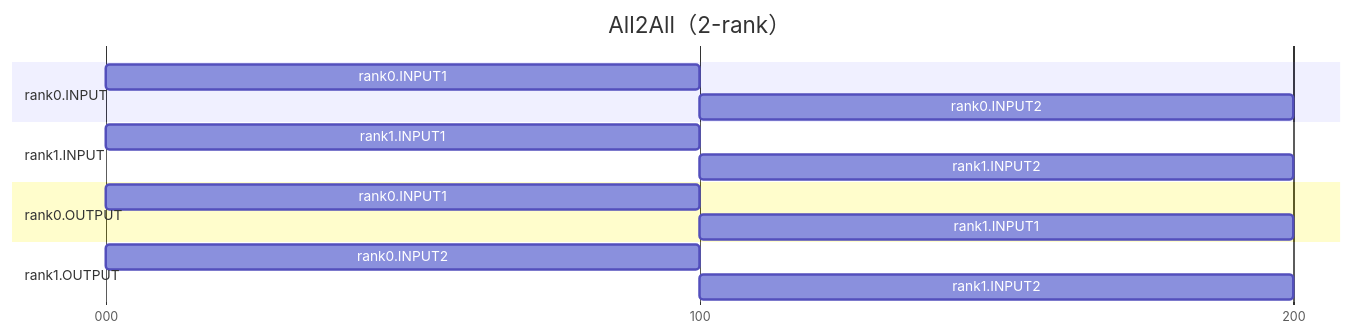
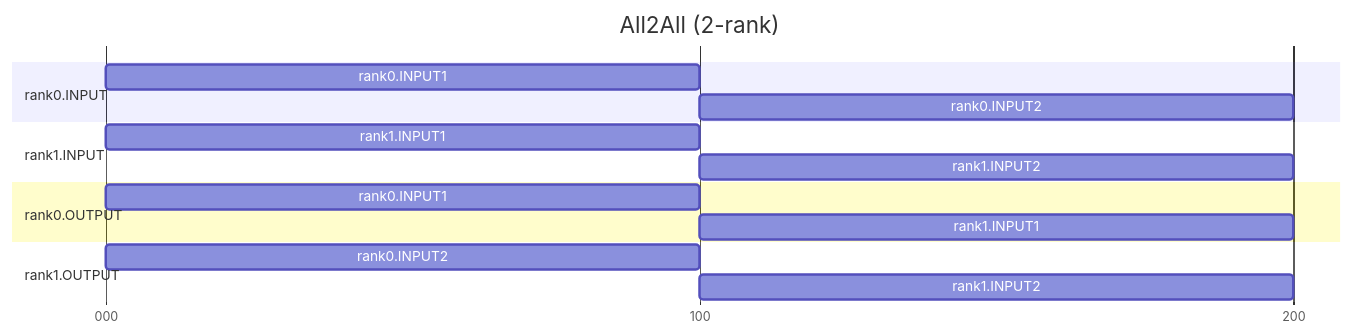
Before and after one commit to Atlas-Ascend-Fork/hcomm: diagram 16 of 19 in test/hccl_vm/docs/checker_quick_intro_en.md, drawn with Mermaid. The commit also changed other lines of this file and 73 other files, not shown here.

````diff
--- a/test/hccl_vm/docs/checker_quick_intro_en.md
+++ b/test/hccl_vm/docs/checker_quick_intro_en.md
@@ -566,23 +566,23 @@
 ```mermaid
 gantt
-    title All2All（2-rank）
+    title All2All (2-rank)
     dateFormat x
     axisFormat %L
     tickInterval 100millisecond
 
     section rank0.INPUT
     rank0.INPUT1 : 0, 100
     rank0.INPUT2 : 100, 200
 
     section rank1.INPUT
     rank1.INPUT1 : 0, 100
     rank1.INPUT2 : 100, 200
 
     section rank0.OUTPUT
     rank0.INPUT1 : 0, 100
     rank1.INPUT1 : 100, 200
 
     section rank1.OUTPUT
     rank0.INPUT2 : 0, 100
     rank1.INPUT2 : 100, 200
 ```
````
